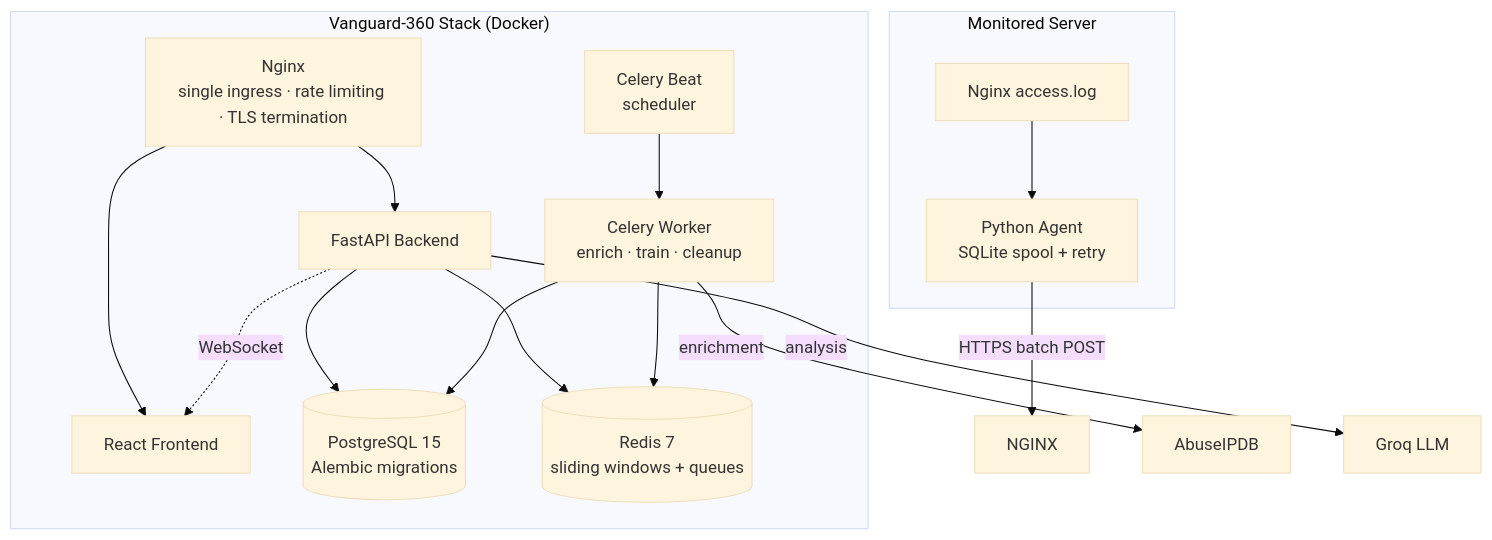
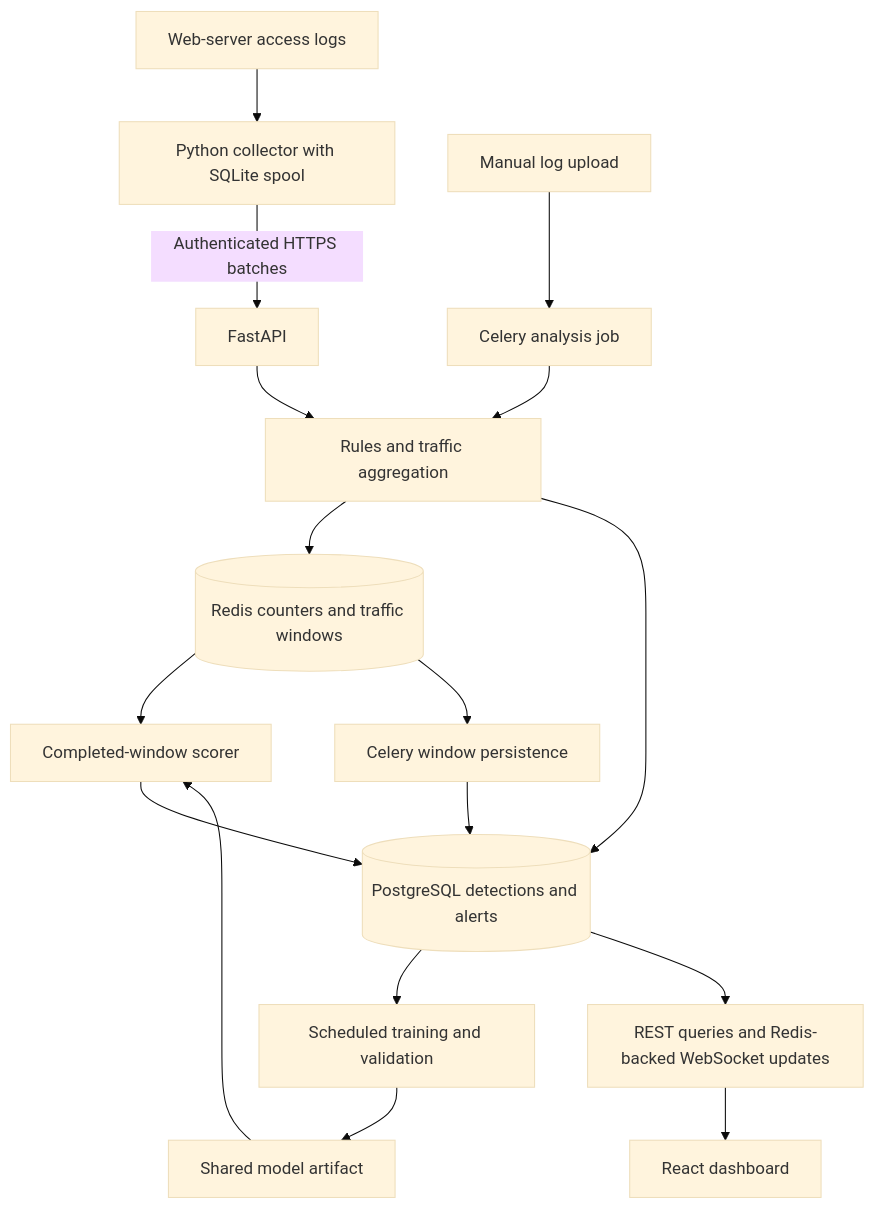
Before and after one commit to sakawatkabir13/Real-time-cyber-attack-monitoring-and-threat-intelligence-platform: the diagram in README.md, drawn with Mermaid (base theme). The commit also changed other lines of this file, not shown here.

````diff
--- a/README.md
+++ b/README.md
@@ -111,23 +24,19 @@
 ```mermaid
 flowchart TD
-    subgraph Monitored["Monitored Server"]
-        LOG[Nginx access.log] --> AGENT[Python Agent<br/>SQLite spool + retry]
-    end
-
-    AGENT -->|HTTPS batch POST| NGINX
-
-    subgraph Vanguard["Vanguard-360 Stack (Docker)"]
-        NGINX2[Nginx<br/>single ingress · rate limiting · TLS termination]
-        NGINX2 --> FE[React Frontend]
-        NGINX2 --> API[FastAPI Backend]
-        API --> PG[(PostgreSQL 15<br/>Alembic migrations)]
-        API --> RD[(Redis 7<br/>sliding windows + queues)]
-        API -.WebSocket.-> FE
-        WORKER[Celery Worker<br/>enrich · train · cleanup] --> RD
-        WORKER --> PG
-        BEAT[Celery Beat<br/>scheduler] --> WORKER
-    end
-
-    WORKER -->|enrichment| ABUSE[AbuseIPDB]
-    API -->|analysis| GROQ[Groq LLM]
+    Logs[Web-server access logs] --> Agent[Python collector with SQLite spool]
+    Agent -->|Authenticated HTTPS batches| API[FastAPI]
+    Upload[Manual log upload] --> Jobs[Celery analysis job]
+    Jobs --> Detection[Rules and traffic aggregation]
+    API --> Detection
+    Detection --> Redis[(Redis counters and traffic windows)]
+    Detection --> DB[(PostgreSQL detections and alerts)]
+    Redis --> Scorer[Completed-window scorer]
+    Scorer --> DB
+    Redis --> Persist[Celery window persistence]
+    Persist --> DB
+    DB --> Training[Scheduled training and validation]
+    Training --> Models[Shared model artifact]
+    Models --> Scorer
+    DB --> Updates[REST queries and Redis-backed WebSocket updates]
+    Updates --> UI[React dashboard]
 ```
````
